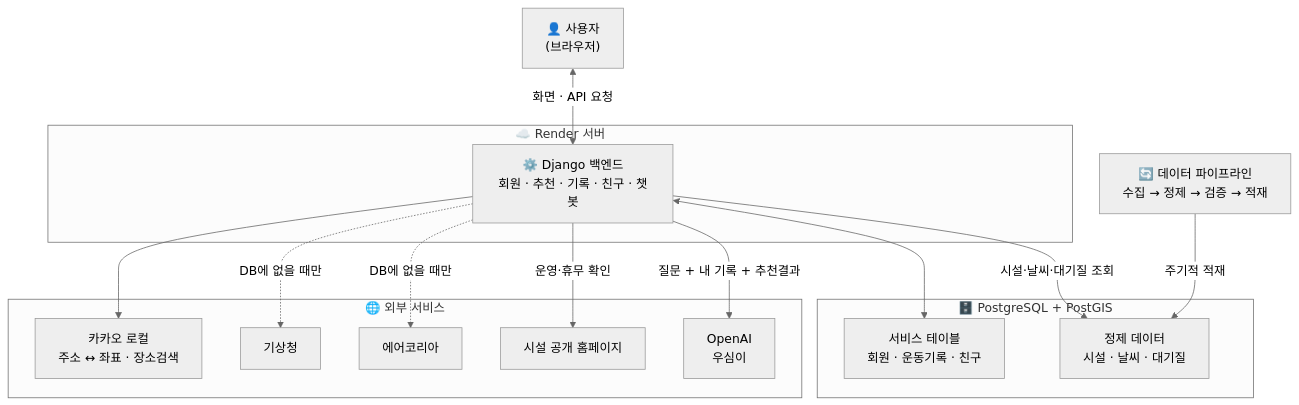
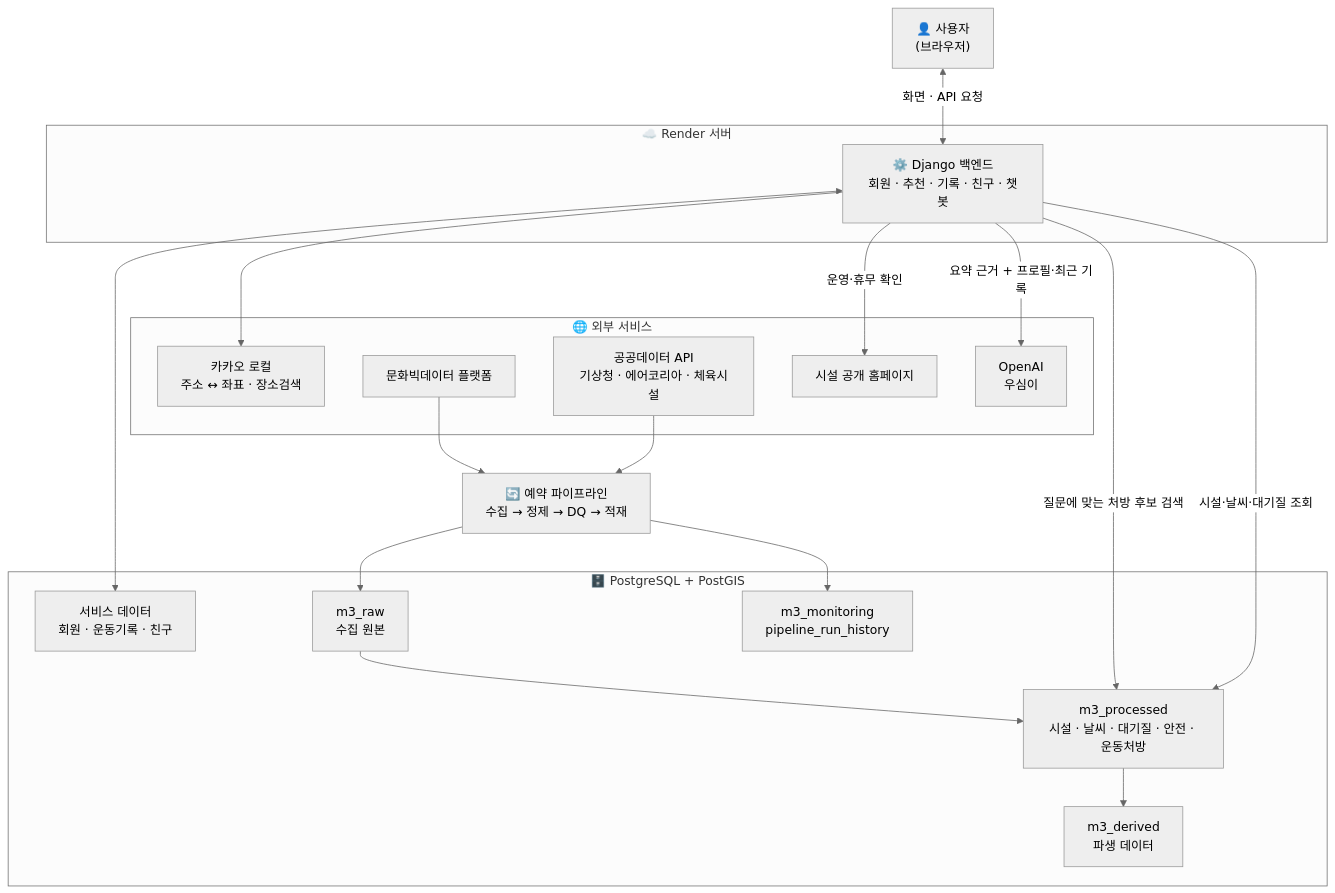
One commit to encore-ai-campus/mlo-02-p1-team3 changed the fourth of 16 diagrams in README.md. Above: the diagram before and after it, drawn with Mermaid (neutral theme). The commit also changed other lines of this file and 42 other files, not shown here.

````diff
--- a/README.md
+++ b/README.md
@@ -275,33 +275,39 @@
 ```mermaid
 flowchart TB
     User["👤 사용자<br/>(브라우저)"]
 
     subgraph Render["☁️ Render 서버"]
         Django["⚙️ Django 백엔드<br/>회원 · 추천 · 기록 · 친구 · 챗봇"]
     end
 
     subgraph DB["🗄️ PostgreSQL + PostGIS"]
-        Svc["서비스 테이블<br/>회원 · 운동기록 · 친구"]
-        Proc["정제 데이터<br/>시설 · 날씨 · 대기질"]
+        Svc["서비스 데이터<br/>회원 · 운동기록 · 친구"]
+        Raw["m3_raw<br/>수집 원본"]
+        Proc["m3_processed<br/>시설 · 날씨 · 대기질 · 안전 · 운동처방"]
+        Derived["m3_derived<br/>파생 데이터"]
+        Monitor["m3_monitoring<br/>pipeline_run_history"]
     end
 
     subgraph Ext["🌐 외부 서비스"]
         Kakao["카카오 로컬<br/>주소 ↔ 좌표 · 장소검색"]
-        KMA["기상청"]
-        Air["에어코리아"]
+        API["공공데이터 API<br/>기상청 · 에어코리아 · 체육시설"]
+        Culture["문화빅데이터 플랫폼"]
         Web["시설 공개 홈페이지"]
         OpenAI["OpenAI<br/>우심이"]
     end
 
-    Pipe["🔄 데이터 파이프라인<br/>수집 → 정제 → 검증 → 적재"]
+    Pipe["🔄 예약 파이프라인<br/>수집 → 정제 → DQ → 적재"]
 
     User <-->|"화면 · API 요청"| Django
     Django <--> Svc
     Django -->|"시설·날씨·대기질 조회"| Proc
-    Django -.->|"DB에 없을 때만"| KMA
-    Django -.->|"DB에 없을 때만"| Air
     Django --> Kakao
     Django -->|"운영·휴무 확인"| Web
-    Django -->|"질문 + 내 기록 + 추천결과"| OpenAI
-    Pipe -->|"주기적 적재"| Proc
+    Django -->|"질문에 맞는 처방 후보 검색"| Proc
+    Django -->|"요약 근거 + 프로필·최근 기록"| OpenAI
+    API --> Pipe
+    Culture --> Pipe
+    Pipe --> Raw --> Proc
+    Proc --> Derived
+    Pipe --> Monitor
 ```
````
